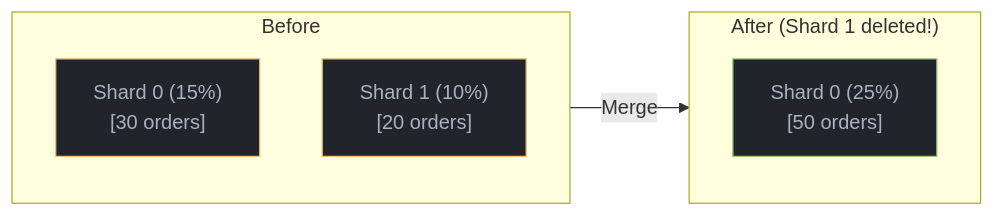
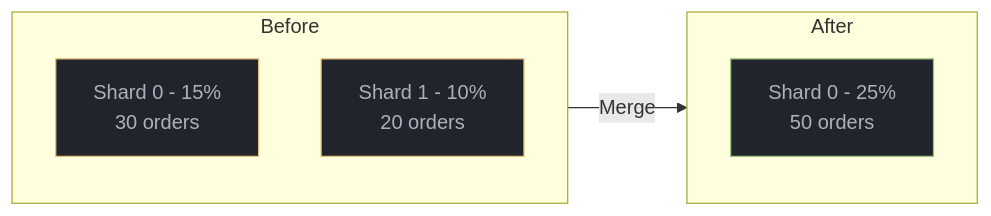
One commit to mgild/mintlify-docs changed the eighth of 9 diagrams in concepts/orderbook.mdx. Above: the diagram before and after it, drawn with Mermaid. The commit also changed other lines of this file and 19 other files, not shown here.

````diff
--- a/concepts/orderbook.mdx
+++ b/concepts/orderbook.mdx
@@ -211,18 +209,17 @@
 ```mermaid
 
 flowchart LR
     subgraph Before
-        B0["Shard 0 (15%)<br/>[30 orders]"]
-        B1["Shard 1 (10%)<br/>[20 orders]"]
+        B0["Shard 0 - 15%<br/>30 orders"]
+        B1["Shard 1 - 10%<br/>20 orders"]
     end
 
     Before -->|Merge| After
 
-    subgraph After["After (Shard 1 deleted!)"]
-        A0["Shard 0 (25%)<br/>[50 orders]"]
+    subgraph After
+        A0["Shard 0 - 25%<br/>50 orders"]
     end
-
     style B0 fill:#21252b,stroke:#e5c07b,color:#abb2bf
     style B1 fill:#21252b,stroke:#e5c07b,color:#abb2bf
     style A0 fill:#21252b,stroke:#98c379,color:#abb2bf
 ```
````
